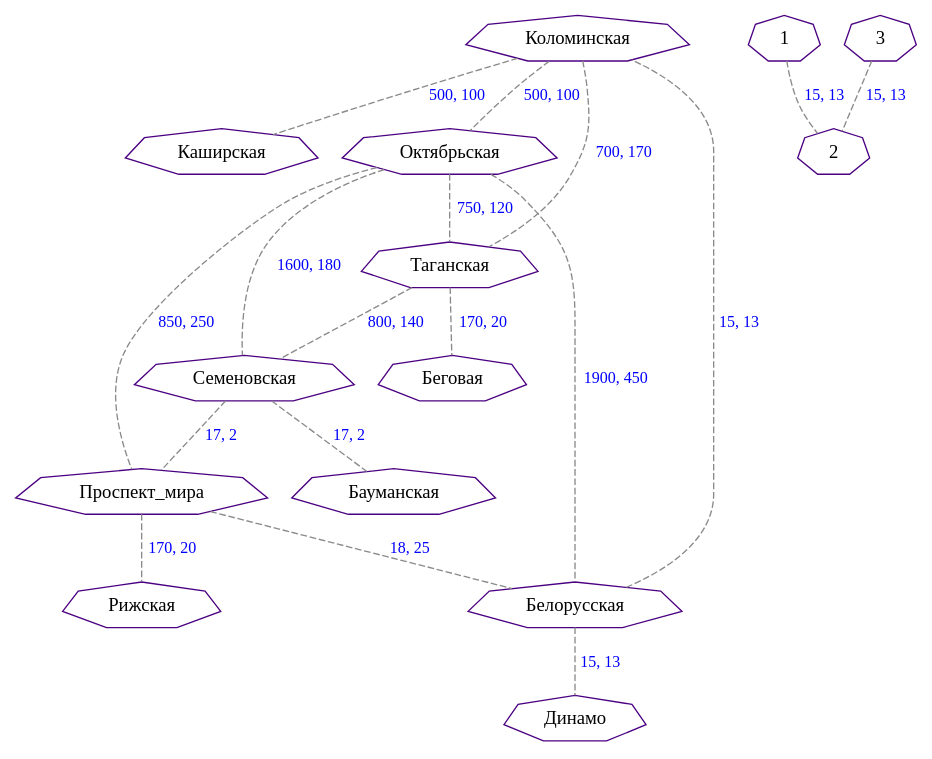
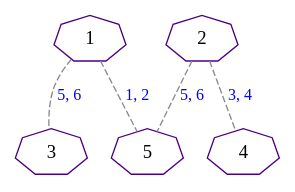
The diagram in lab_07/graph/grh2.gv (Sunshine-ki/BMSTU3_tisd), drawn with Graphviz before and after one commit. The commit also changed 11 other files, not shown here.

```diff
--- a/lab_07/graph/grh2.gv
+++ b/lab_07/graph/grh2.gv
@@ -1,28 +1,10 @@
 graph G
 {
         edge[color="gray54",fontcolor="blue",fontsize=12, len=3, style="dashed"];
         node[color="indigo",fontsize=14, shape="septagon"];
 
-        Коломинская -- Каширская [label="500, 100"];
-        Коломинская -- Октябрьская [label="500, 100"];
-        Октябрьская -- Таганская [label="750, 120"];
-        Таганская -- Семеновская [label="800, 140"];
-        Семеновская -- Проспект_мира [label="17, 2"];
-        Проспект_мира -- Белорусская [label="18, 25"];
-        Белорусская -- Коломинская [label="15, 13"];
-        Коломинская -- Таганская [label="700, 170"];
-        Проспект_мира -- Рижская [label="170, 20"];
-        Таганская -- Беговая [label="170, 20"];
-        Семеновская -- Бауманская [label="17, 2"];
-        Белорусская -- Динамо [label="15, 13"];
-
-        1 -- 2 [label="15, 13"];
-        3 -- 2 [label="15, 13"];
-
-
-
-        
-        Октябрьская -- Семеновская [label="1600, 180"];
-        Октябрьская -- Проспект_мира [label="850, 250"];
-        Октябрьская -- Белорусская [label="1900, 450"];
+        1 -- 3 [label="5, 6"];
+        1 -- 5 [label="1, 2"];
+        2 -- 5 [label="5, 6"];
+        2 -- 4 [label="3, 4"];
 }
```
